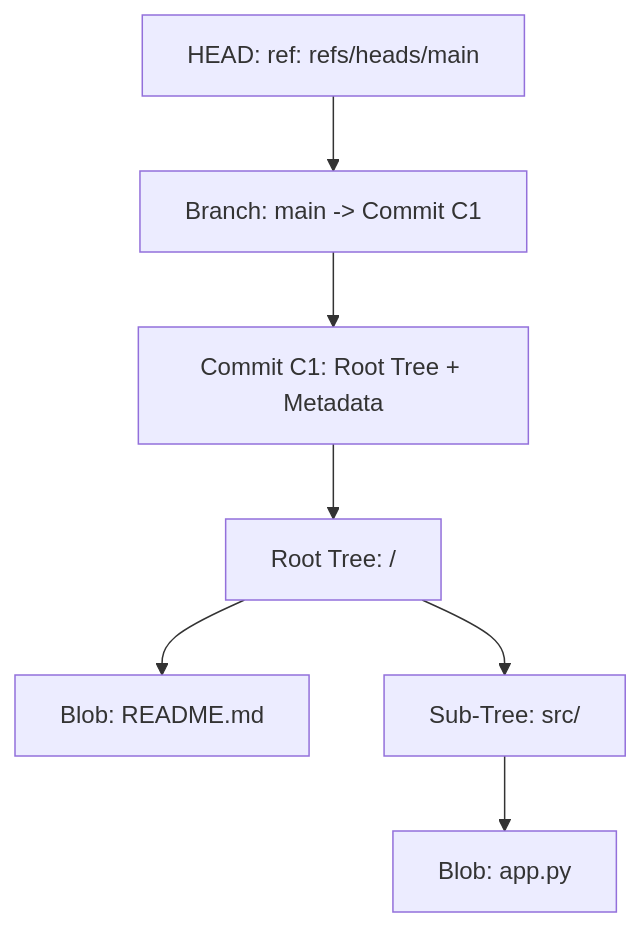
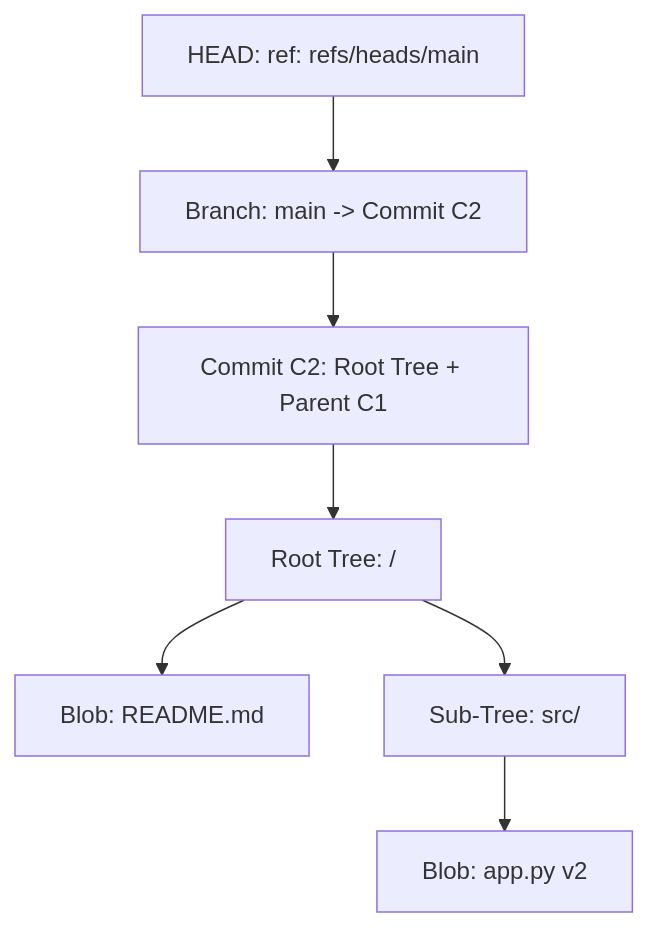
One commit to Chandrasen74/obsidian-hermes changed the fourth of 4 diagrams in 01-Projects/Learn/Lessons/Git-Internals-Blobs-Trees-Commits.md. Above: the diagram before and after it, drawn with Mermaid. The commit also changed other lines of this file, not shown here.

Commit message:
feat(learn): enhance lesson with rich flowcharts, flashcards, and vault links

````diff
--- a/01-Projects/Learn/Lessons/Git-Internals-Blobs-Trees-Commits.md
+++ b/01-Projects/Learn/Lessons/Git-Internals-Blobs-Trees-Commits.md
@@ -84,9 +115,9 @@
 ```mermaid
 graph TD
-    HEAD[HEAD: ref: refs/heads/main] --> Branch[Branch: main -> Commit C1]
-    Branch --> Commit[Commit C1: Root Tree + Metadata]
+    HEAD[HEAD: ref: refs/heads/main] --> Branch[Branch: main -> Commit C2]
+    Branch --> Commit[Commit C2: Root Tree + Parent C1]
     Commit --> TreeRoot[Root Tree: /]
     TreeRoot --> Blob1[Blob: README.md]
     TreeRoot --> TreeSrc[Sub-Tree: src/]
-    TreeSrc --> Blob2[Blob: app.py]
+    TreeSrc --> Blob2[Blob: app.py v2]
 ```
````
